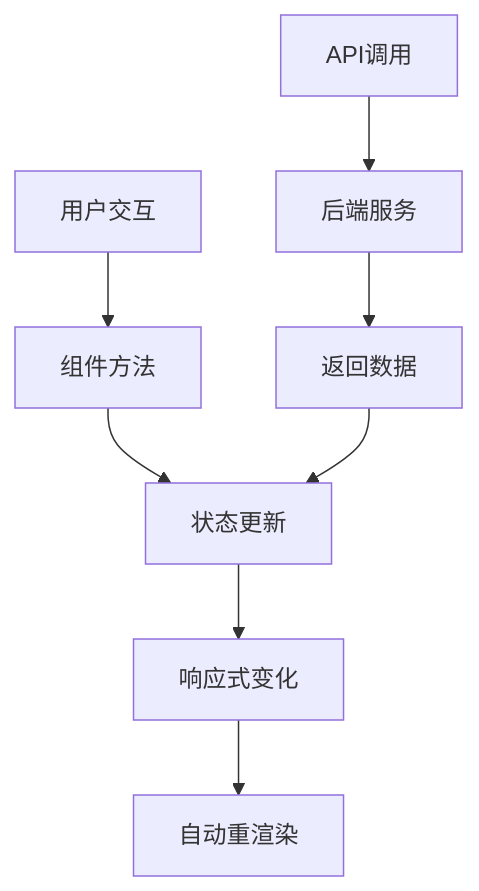
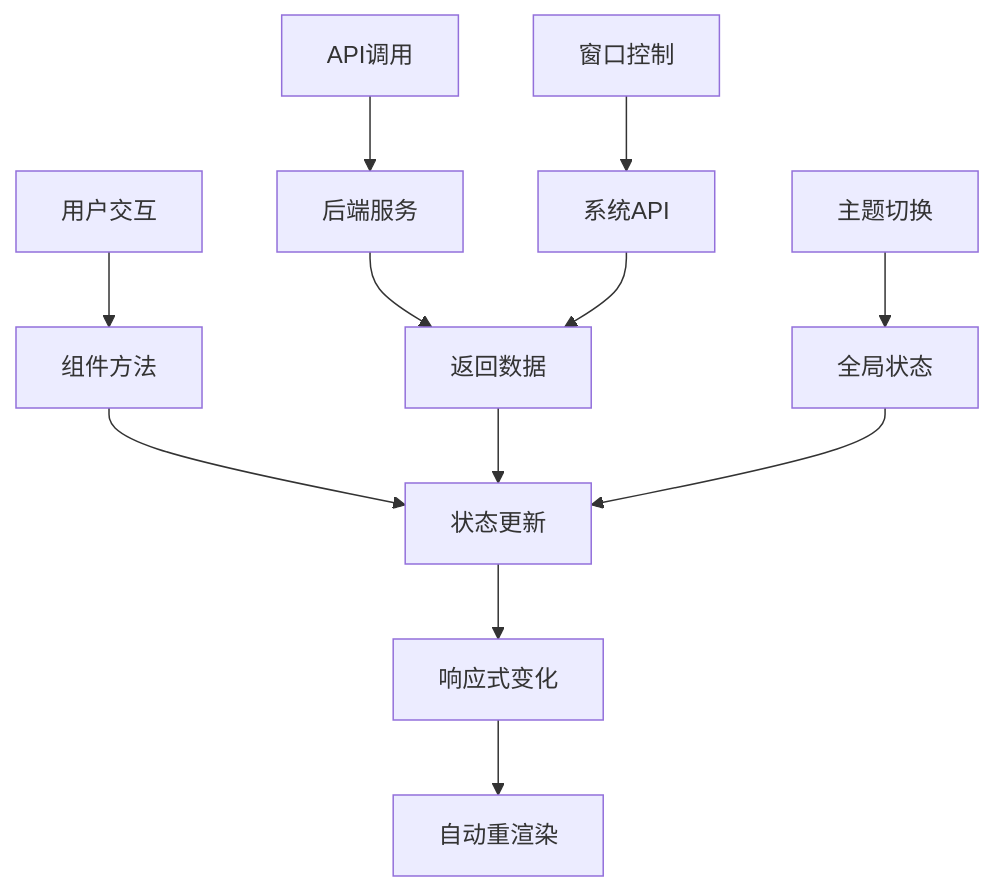
One commit to itsharex/NexTunnel changed the tenth of 24 diagrams in .qoder/repowiki/zh/content/架构设计/桌面端架构设计/前端架构设计/Vue组件系统架构.md. Above: the diagram before and after it, drawn with Mermaid. The commit also changed other lines of this file and 41 other files, not shown here.

````diff
--- a/.qoder/repowiki/zh/content/架构设计/桌面端架构设计/前端架构设计/Vue组件系统架构.md
+++ b/.qoder/repowiki/zh/content/架构设计/桌面端架构设计/前端架构设计/Vue组件系统架构.md
@@ -262,10 +306,14 @@
 ```mermaid
 flowchart TD
 A[用户交互] --> B[组件方法]
 B --> C[状态更新]
 C --> D[响应式变化]
 D --> E[自动重渲染]
 F[API调用] --> G[后端服务]
 G --> H[返回数据]
 H --> C
+I[主题切换] --> J[全局状态]
+J --> C
+K[窗口控制] --> L[系统API]
+L --> H
 ```
````
